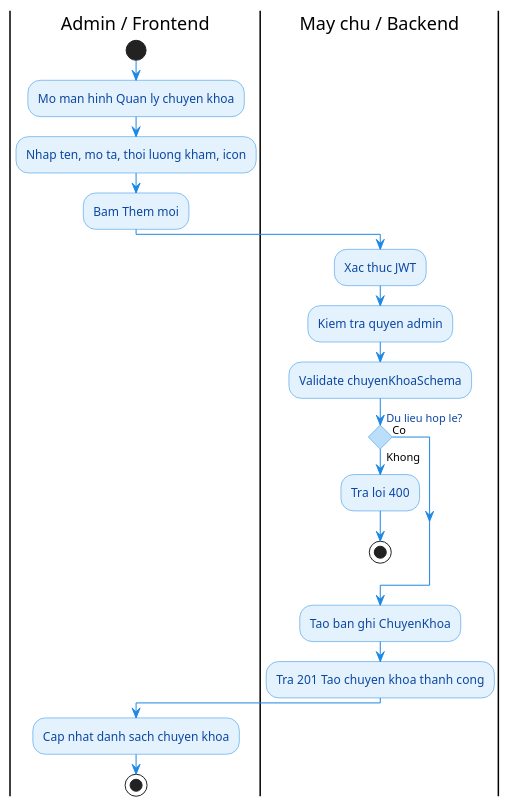
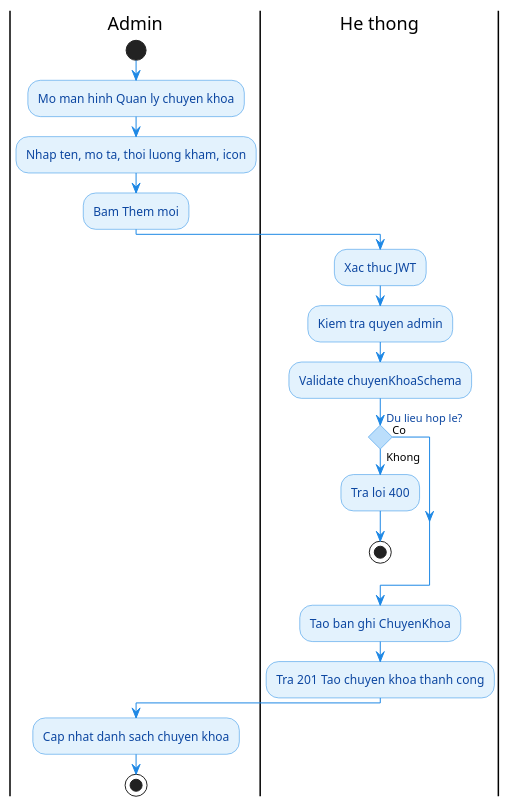
Before and after one commit to yqhuouc/HealthCare: the diagram in server/doc/diagrams/ACT_11_ThemMoiChuyenKhoa.puml, drawn with PlantUML. The commit also changed 12 other files, not shown here.

Commit message:
docs: add PlantUML activity diagrams for core system workflows and initialize server configuration files

```diff
--- a/server/doc/diagrams/ACT_11_ThemMoiChuyenKhoa.puml
+++ b/server/doc/diagrams/ACT_11_ThemMoiChuyenKhoa.puml
@@ -1,42 +1,42 @@
 @startuml Activity_ThemMoiChuyenKhoa
 
 skinparam shadowing false
 skinparam backgroundColor white
 skinparam conditionStyle diamond
 skinparam ConditionEndStyle hline
 
 skinparam activity {
   BackgroundColor #E3F2FD
   BorderColor #1E88E5
   FontColor #0D47A1
   RoundCorner 15
 }
 
 skinparam activityDiamondBackgroundColor #BBDEFB
 skinparam activityDiamondBorderColor #1E88E5
 skinparam activityDiamondFontColor #0D47A1
 skinparam ArrowColor #1E88E5
 
-|Admin / Frontend|
+|Admin|
 start
 :Mo man hinh Quan ly chuyen khoa;
 :Nhap ten, mo ta, thoi luong kham, icon;
 :Bam Them moi;
 
-|May chu / Backend|
+|He thong|
 :Xac thuc JWT;
 :Kiem tra quyen admin;
 :Validate chuyenKhoaSchema;
 if (Du lieu hop le?) then (Khong)
   :Tra loi 400;
   stop
 else (Co)
 endif
 
 :Tao ban ghi ChuyenKhoa;
 :Tra 201 Tao chuyen khoa thanh cong;
 
-|Admin / Frontend|
+|Admin|
 :Cap nhat danh sach chuyen khoa;
 stop
 @enduml
```
